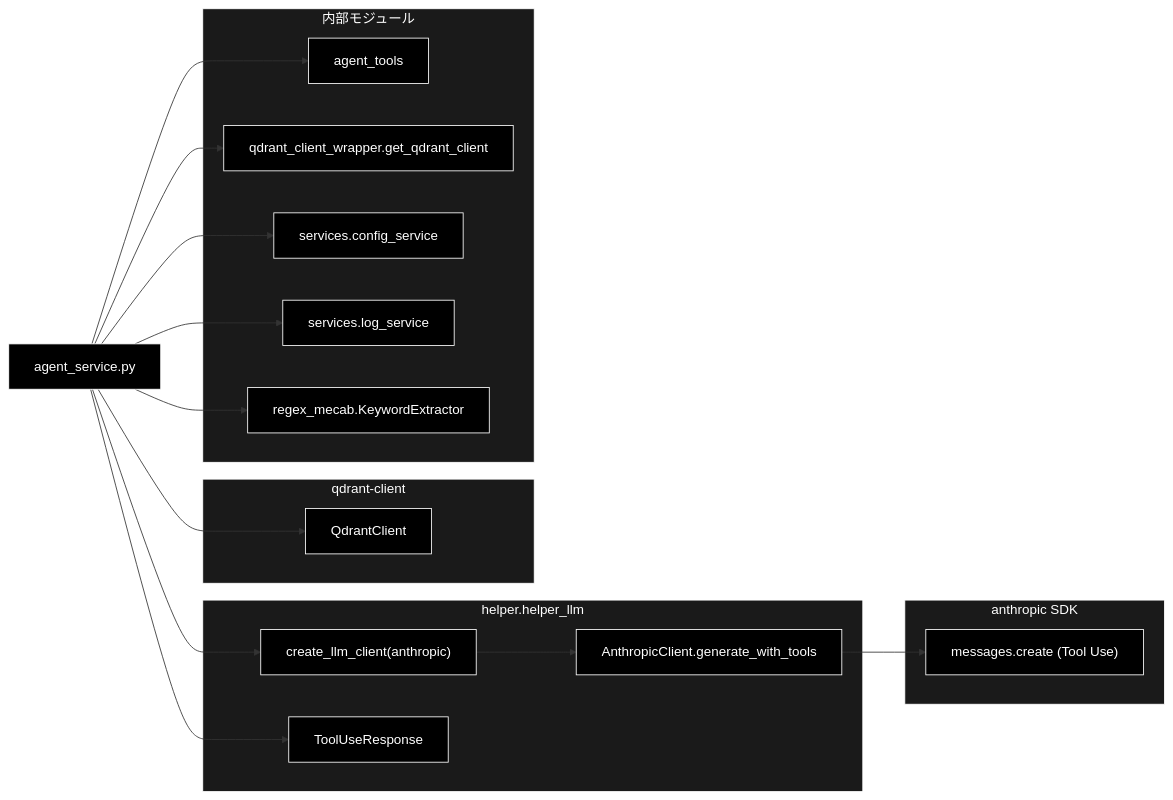
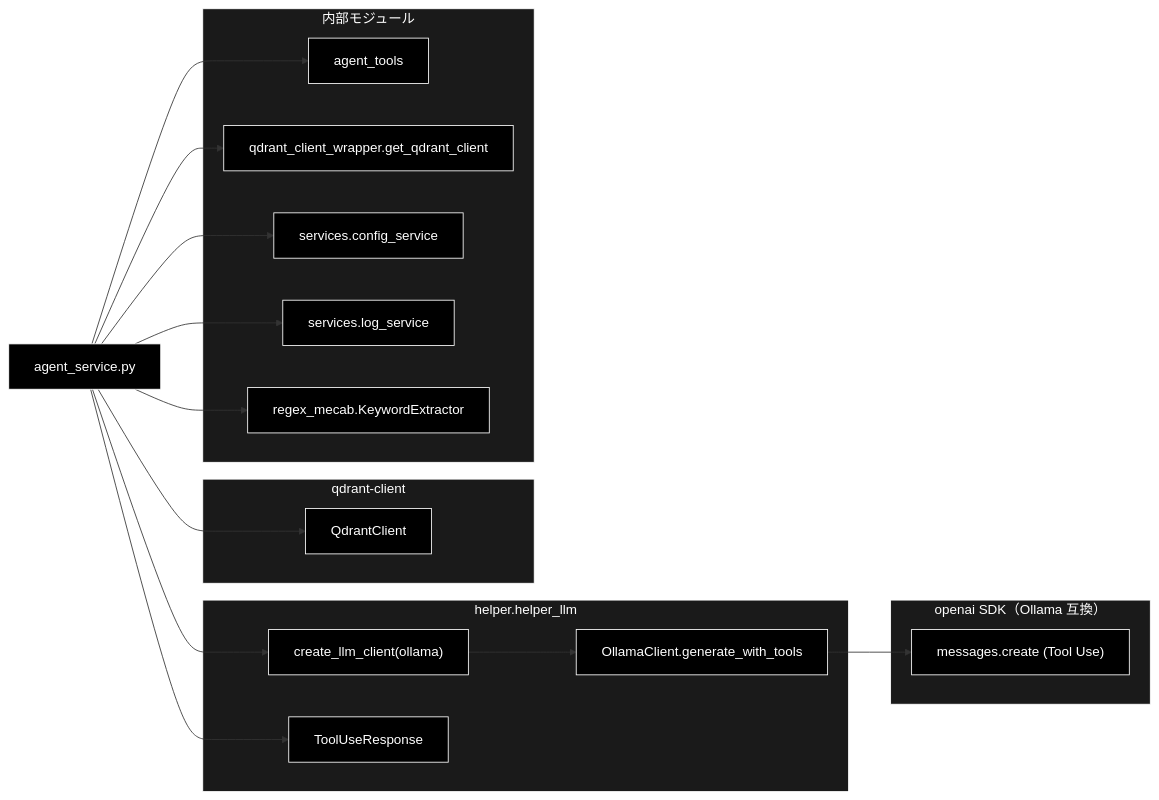
Before and after one commit to nakashima2toshio/grace_v2_local: the third of 3 diagrams in services/docs/agent_service.md, drawn with Mermaid. The commit also changed other lines of this file and 12 other files, not shown here.

First line of the commit message:
docs: 実装と食い違う Anthropic 表記を Ollama へ是正する

````diff
--- a/services/docs/agent_service.md
+++ b/services/docs/agent_service.md
@@ -575,42 +578,42 @@
 ```mermaid
 flowchart LR
     AGENTSVC["agent_service.py"]
 
     subgraph LLMHELP["helper.helper_llm"]
-        FACT["create_llm_client(anthropic)"]
-        ANC["AnthropicClient.generate_with_tools"]
+        FACT["create_llm_client(ollama)"]
+        ANC["OllamaClient.generate_with_tools"]
         TUR["ToolUseResponse"]
     end
 
-    subgraph ANTH["anthropic SDK"]
+    subgraph ANTH["openai SDK（Ollama 互換）"]
         MSG["messages.create (Tool Use)"]
     end
 
     subgraph QDRANT["qdrant-client"]
         QC["QdrantClient"]
     end
 
     subgraph INTERNAL["内部モジュール"]
         TOOLS["agent_tools"]
         WRAP["qdrant_client_wrapper.get_qdrant_client"]
         CONFIG["services.config_service"]
         LOGSVC["services.log_service"]
         MECAB["regex_mecab.KeywordExtractor"]
     end
 
     AGENTSVC --> FACT --> ANC --> MSG
     AGENTSVC --> TUR
     AGENTSVC --> QC
     AGENTSVC --> TOOLS
     AGENTSVC --> WRAP
     AGENTSVC --> CONFIG
     AGENTSVC --> LOGSVC
     AGENTSVC --> MECAB
 classDef default fill:#000,stroke:#fff,color:#fff
 classDef subgraphStyle fill:#1a1a1a,stroke:#fff,color:#fff
 class AGENTSVC,FACT,ANC,TUR,MSG,QC,TOOLS,WRAP,CONFIG,LOGSVC,MECAB default
 style LLMHELP fill:#1a1a1a,stroke:#fff,color:#fff
 style ANTH fill:#1a1a1a,stroke:#fff,color:#fff
 style QDRANT fill:#1a1a1a,stroke:#fff,color:#fff
 style INTERNAL fill:#1a1a1a,stroke:#fff,color:#fff
 ```
````
